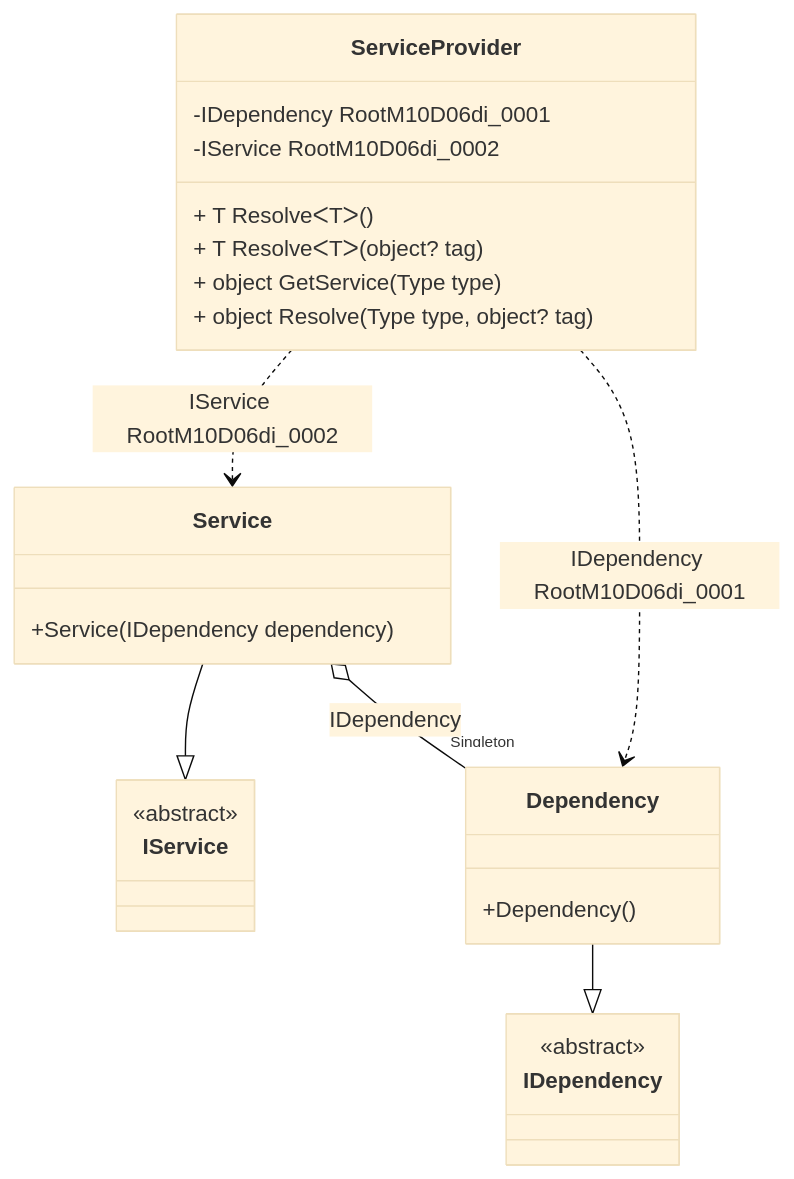
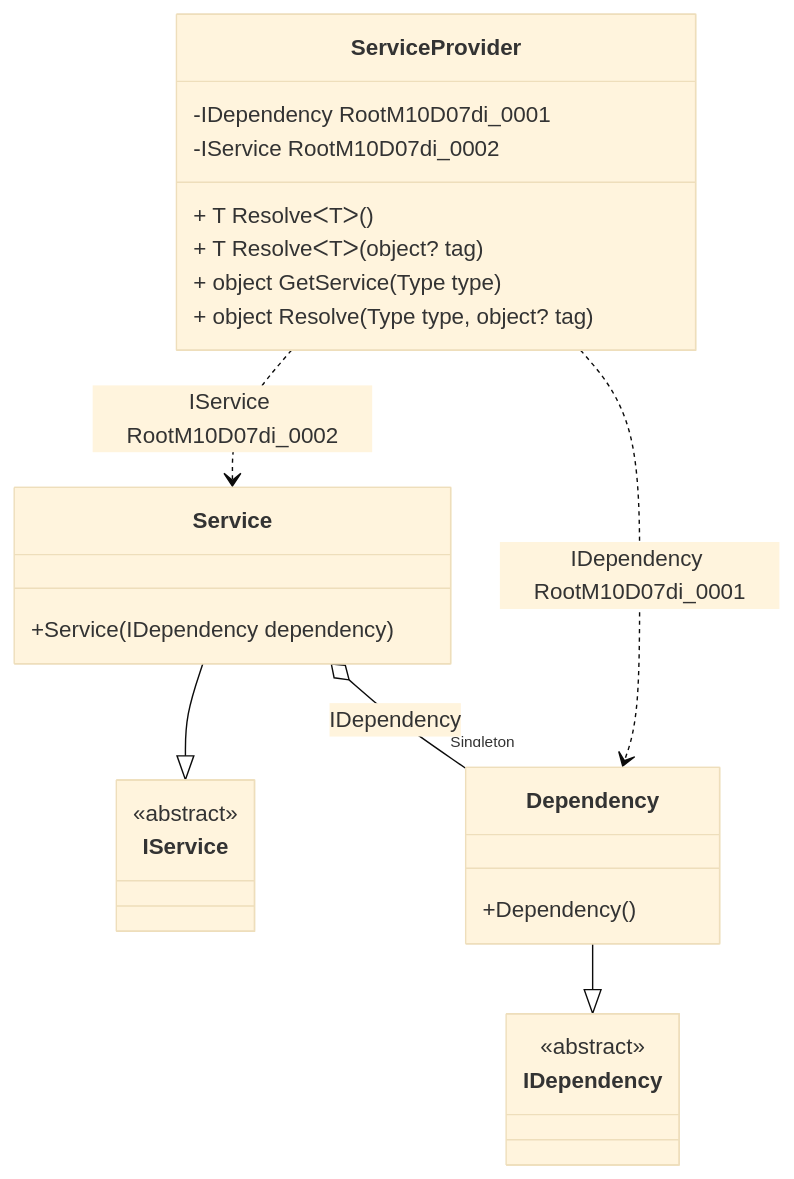
One commit to DevTeam/Pure.DI changed the diagram in readme/service-provider.md. Above: the diagram before and after it, drawn with Mermaid (base theme). The commit also changed other lines of this file and 102 other files, not shown here.

````diff
--- a/readme/service-provider.md
+++ b/readme/service-provider.md
@@ -50,28 +49,28 @@
 ```mermaid
 classDiagram
   class ServiceProvider {
-    -IDependency RootM10D06di_0001
-    -IService RootM10D06di_0002
+    -IDependency RootM10D07di_0001
+    -IService RootM10D07di_0002
     + T ResolveᐸTᐳ()
     + T ResolveᐸTᐳ(object? tag)
     + object GetService(Type type)
     + object Resolve(Type type, object? tag)
   }
   Service --|> IService : 
   class Service {
     +Service(IDependency dependency)
   }
   Dependency --|> IDependency : 
   class Dependency {
     +Dependency()
   }
   class IService {
     <<abstract>>
   }
   class IDependency {
     <<abstract>>
   }
   Service o--  "Singleton" Dependency : IDependency
-  ServiceProvider ..> Dependency : IDependency RootM10D06di_0001
-  ServiceProvider ..> Service : IService RootM10D06di_0002
+  ServiceProvider ..> Dependency : IDependency RootM10D07di_0001
+  ServiceProvider ..> Service : IService RootM10D07di_0002
 ```
````
